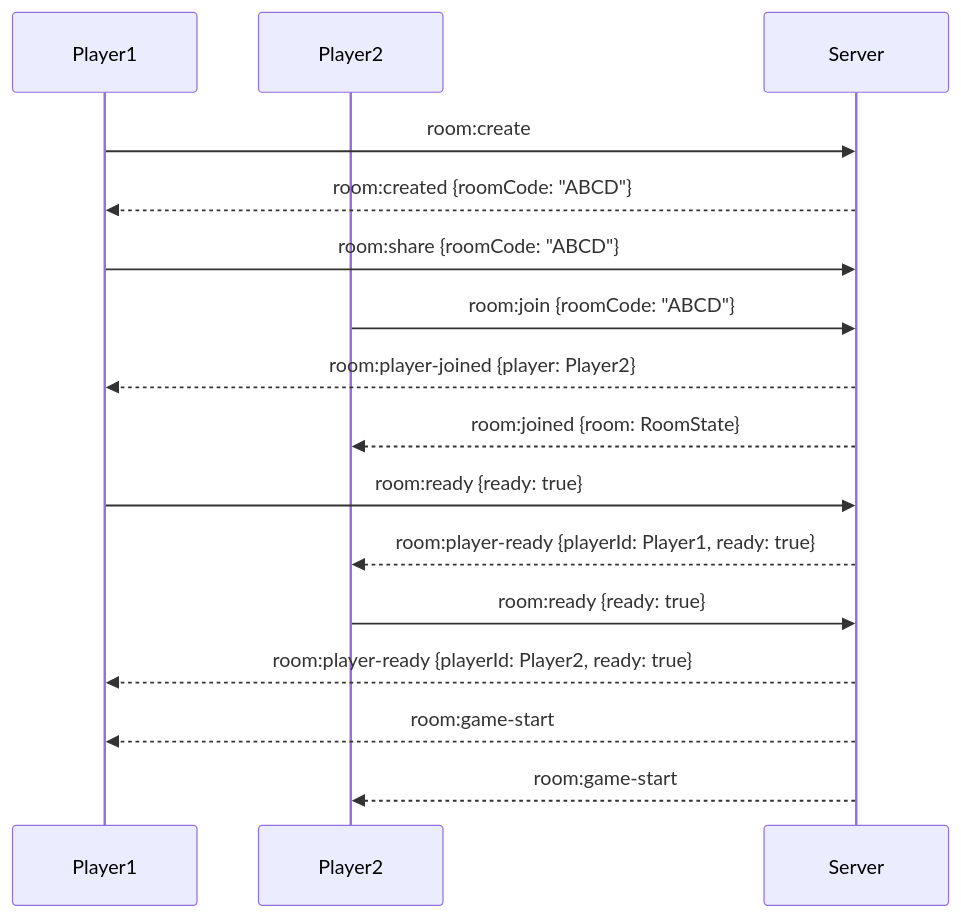
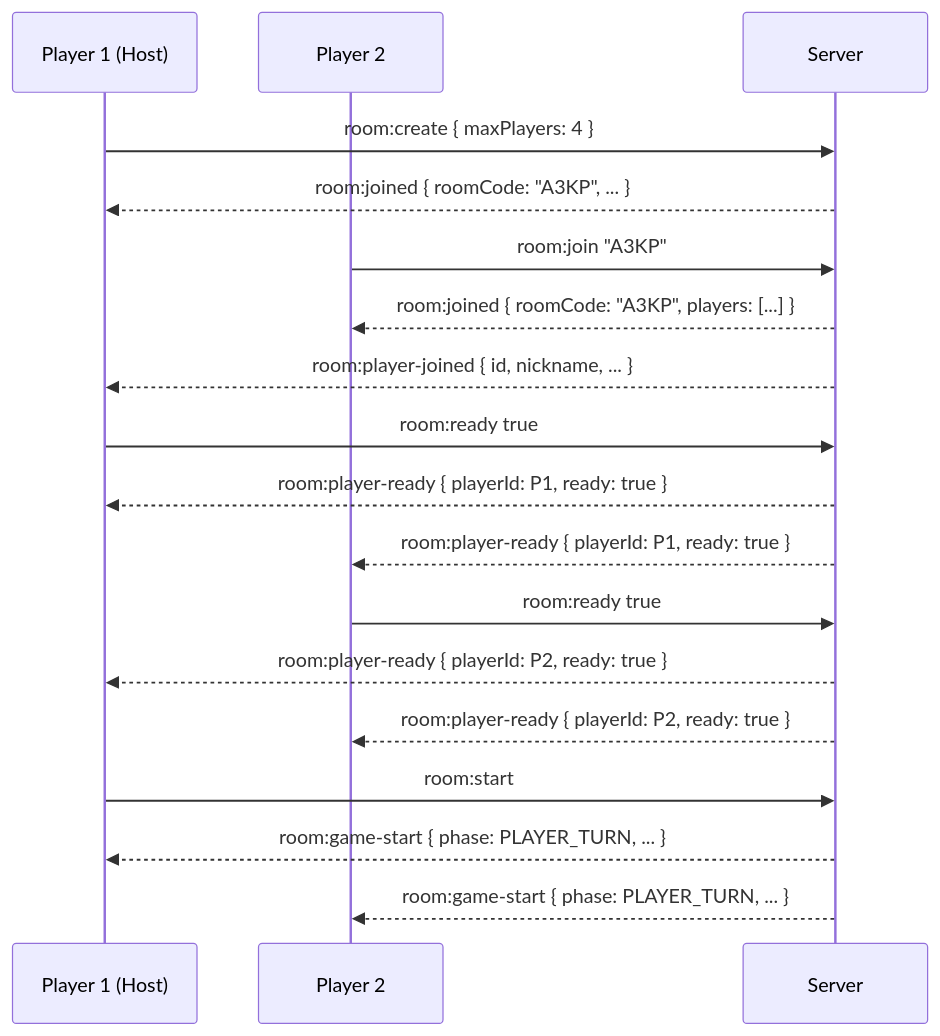
The sixth of 11 diagrams in docs/technical-design/sweet-spicy-game/tdd.md (longuit2002-blip/spicy-sweet-game), drawn with Mermaid before and after one commit. The commit also changed other lines of this file and 165 other files, not shown here.

````diff
--- a/docs/technical-design/sweet-spicy-game/tdd.md
+++ b/docs/technical-design/sweet-spicy-game/tdd.md
@@ -740,24 +508,25 @@
 ```mermaid
 sequenceDiagram
-    participant Player1
-    participant Player2
+    participant P1 as Player 1 (Host)
+    participant P2 as Player 2
     participant Server
-    
-    Player1->>Server: room:create
-    Server-->>Player1: room:created {roomCode: "ABCD"}
-    
-    Player1->>Server: room:share {roomCode: "ABCD"}
-    
-    Player2->>Server: room:join {roomCode: "ABCD"}
-    Server-->>Player1: room:player-joined {player: Player2}
-    Server-->>Player2: room:joined {room: RoomState}
-    
-    Player1->>Server: room:ready {ready: true}
-    Server-->>Player2: room:player-ready {playerId: Player1, ready: true}
-    
-    Player2->>Server: room:ready {ready: true}
-    Server-->>Player1: room:player-ready {playerId: Player2, ready: true}
-    
-    Server-->>Player1: room:game-start
-    Server-->>Player2: room:game-start
+
+    P1->>Server: room:create { maxPlayers: 4 }
+    Server-->>P1: room:joined { roomCode: "A3KP", ... }
+
+    P2->>Server: room:join "A3KP"
+    Server-->>P2: room:joined { roomCode: "A3KP", players: [...] }
+    Server-->>P1: room:player-joined { id, nickname, ... }
+
+    P1->>Server: room:ready true
+    Server-->>P1: room:player-ready { playerId: P1, ready: true }
+    Server-->>P2: room:player-ready { playerId: P1, ready: true }
+
+    P2->>Server: room:ready true
+    Server-->>P1: room:player-ready { playerId: P2, ready: true }
+    Server-->>P2: room:player-ready { playerId: P2, ready: true }
+
+    P1->>Server: room:start
+    Server-->>P1: room:game-start { phase: PLAYER_TURN, ... }
+    Server-->>P2: room:game-start { phase: PLAYER_TURN, ... }
 ```
````
